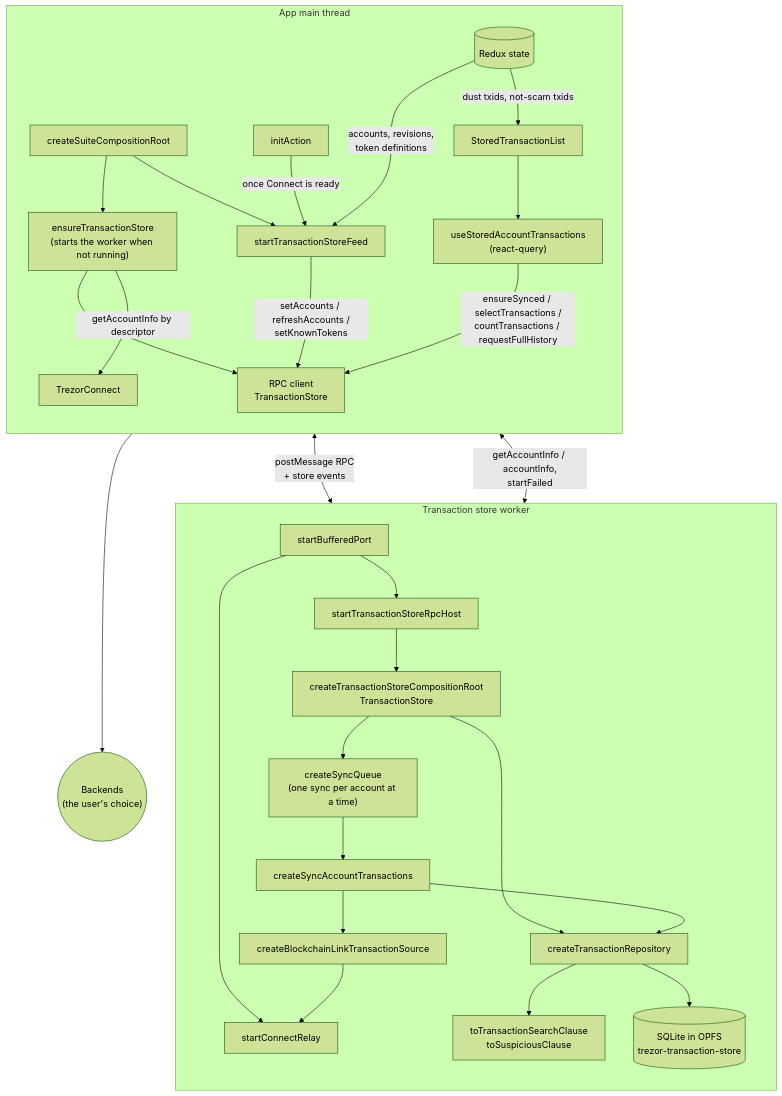
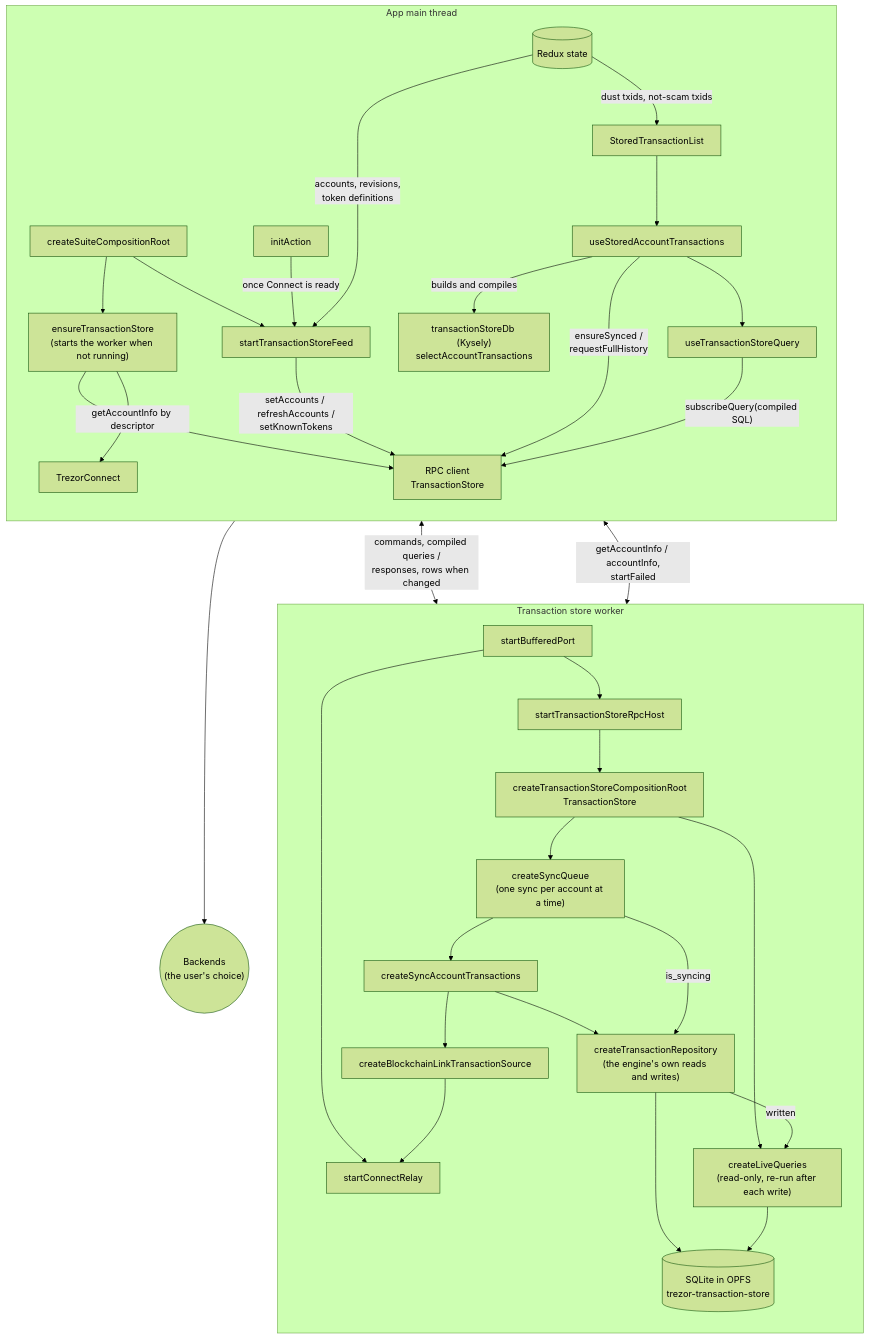
Before and after one commit to trezor/trezor-suite: the first of 3 diagrams in suite-common/transaction-store/README.md, drawn with Mermaid (forest theme). The commit also changed other lines of this file and 28 other files, not shown here.

First line of the commit message:
refactor(transaction-store): read with typed queries sent to the worker

````diff
--- a/suite-common/transaction-store/README.md
+++ b/suite-common/transaction-store/README.md
@@ -20,56 +25,63 @@
 ```mermaid
 flowchart TB
     subgraph main["App main thread"]
         direction TB
         redux[("Redux state")]
         root["createSuiteCompositionRoot"]
         init["initAction"]
         feed["startTransactionStoreFeed"]
         service["ensureTransactionStore<br/>(starts the worker when not running)"]
         client["RPC client<br/>TransactionStore"]
-        hook["useStoredAccountTransactions<br/>(react-query)"]
         list["StoredTransactionList"]
+        hook["useStoredAccountTransactions"]
+        live["useTransactionStoreQuery"]
+        kysely["transactionStoreDb (Kysely)<br/>selectAccountTransactions"]
         connect["TrezorConnect"]
 
         root --> service
         root --> feed
         init -- "once Connect is ready" --> feed
         redux -- "accounts, revisions,<br/>token definitions" --> feed
         feed -- "setAccounts / refreshAccounts /<br/>setKnownTokens" --> client
         service --> client
+        redux -- "dust txids, not-scam txids" --> list
         list --> hook
-        redux -- "dust txids, not-scam txids" --> list
-        hook -- "ensureSynced / selectTransactions /<br/>countTransactions / requestFullHistory" --> client
+        hook -- "builds and compiles" --> kysely
+        hook -- "ensureSynced /<br/>requestFullHistory" --> client
+        hook --> live
+        live -- "subscribeQuery(compiled SQL)" --> client
         service -- "getAccountInfo by descriptor" --> connect
     end
 
     subgraph worker["Transaction store worker"]
         direction TB
         port["startBufferedPort"]
         host["startTransactionStoreRpcHost"]
         relay["startConnectRelay"]
         engine["createTransactionStoreCompositionRoot<br/>TransactionStore"]
+        liveQueries["createLiveQueries<br/>(read-only, re-run after each write)"]
         queue["createSyncQueue<br/>(one sync per account at a time)"]
         sync["createSyncAccountTransactions"]
-        repo["createTransactionRepository"]
-        clauses["toTransactionSearchClause<br/>toSuspiciousClause"]
+        repo["createTransactionRepository<br/>(the engine's own reads and writes)"]
         source["createBlockchainLinkTransactionSource"]
         sqlite[("SQLite in OPFS<br/>trezor-transaction-store")]
 
         port --> host --> engine
         port --> relay
         engine --> queue --> sync
-        engine --> repo
+        engine --> liveQueries
         sync --> source
         sync --> repo
-        repo --> clauses
+        queue -- "is_syncing" --> repo
+        repo -- "written" --> liveQueries
         repo --> sqlite
+        liveQueries --> sqlite
         source --> relay
     end
 
     backends(("Backends<br/>(the user's choice)"))
 
-    client <-->|"postMessage RPC<br/>+ store events"| port
+    client <-->|"commands, compiled queries /<br/>responses, rows when changed"| port
     service <-->|"getAccountInfo / accountInfo,<br/>startFailed"| port
     connect --> backends
 ```
````
